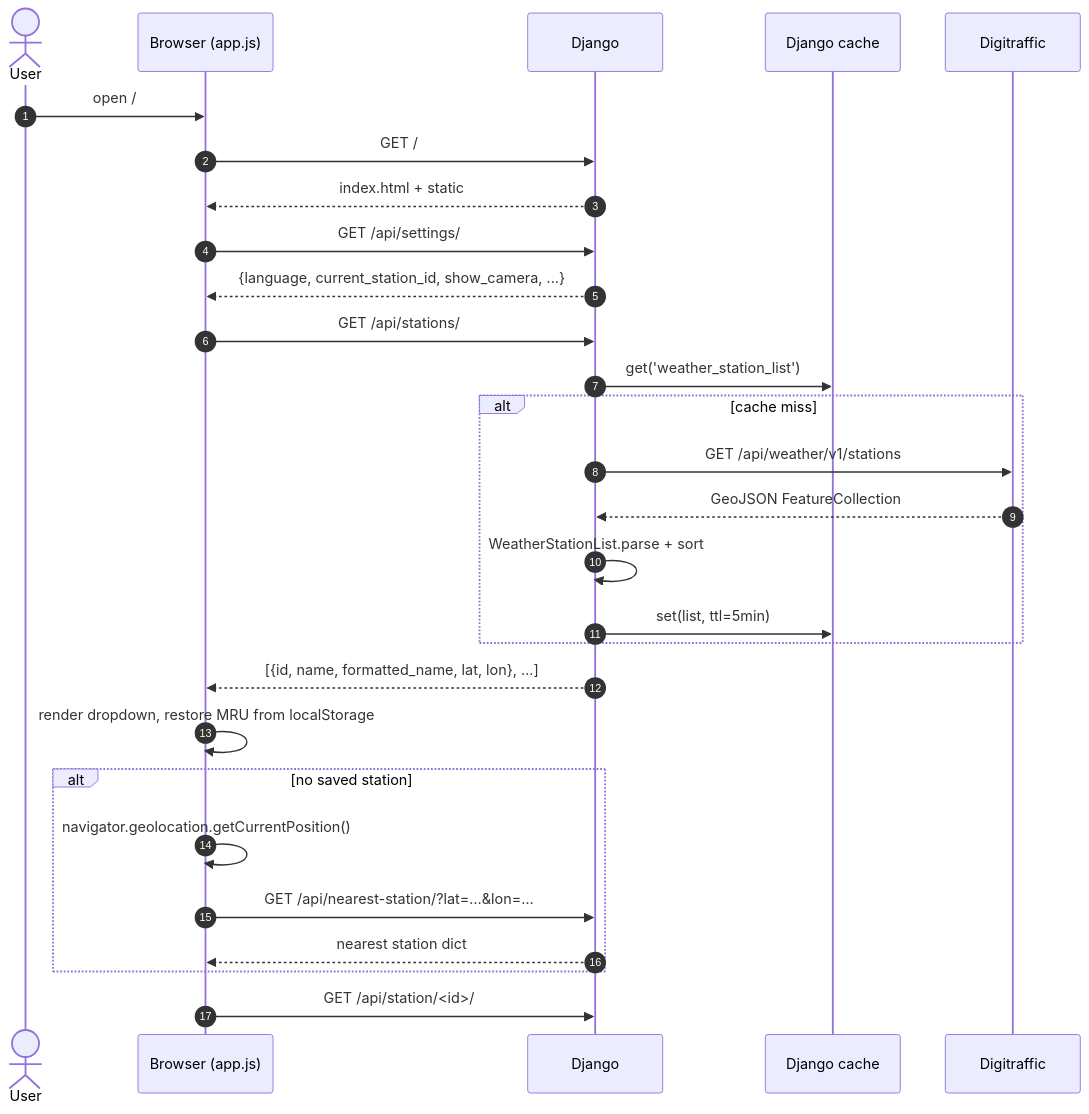
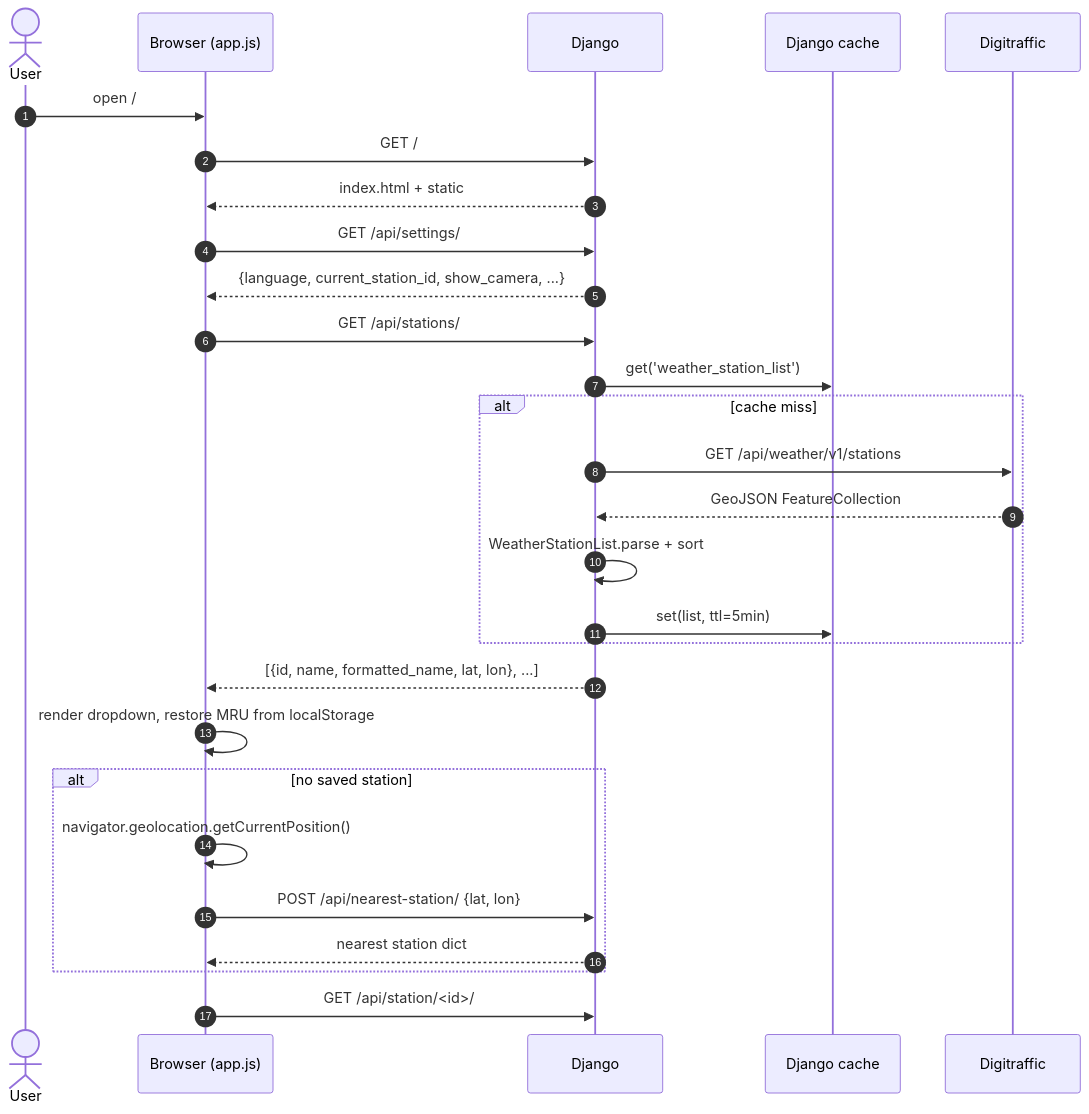
Before and after one commit to jjankkil/weatherview-django: the third of 9 diagrams in docs/ARCHITECTURE.md, drawn with Mermaid. The commit also changed other lines of this file and 3 other files, not shown here.

Commit message:
Make nearest station lookup POST-only

````diff
--- a/docs/ARCHITECTURE.md
+++ b/docs/ARCHITECTURE.md
@@ -224,31 +224,31 @@
 ```mermaid
 sequenceDiagram
     autonumber
     actor User
     participant Browser as Browser (app.js)
     participant Django
     participant Cache as Django cache
     participant DT as Digitraffic
 
     User->>Browser: open /
     Browser->>Django: GET /
     Django-->>Browser: index.html + static
     Browser->>Django: GET /api/settings/
     Django-->>Browser: {language, current_station_id, show_camera, ...}
     Browser->>Django: GET /api/stations/
     Django->>Cache: get('weather_station_list')
     alt cache miss
         Django->>DT: GET /api/weather/v1/stations
         DT-->>Django: GeoJSON FeatureCollection
         Django->>Django: WeatherStationList.parse + sort
         Django->>Cache: set(list, ttl=5min)
     end
     Django-->>Browser: [{id, name, formatted_name, lat, lon}, ...]
     Browser->>Browser: render dropdown, restore MRU from localStorage
     alt no saved station
         Browser->>Browser: navigator.geolocation.getCurrentPosition()
-        Browser->>Django: GET /api/nearest-station/?lat=…&lon=…
+        Browser->>Django: POST /api/nearest-station/ {lat, lon}
         Django-->>Browser: nearest station dict
     end
     Browser->>Django: GET /api/station/<id>/
 ```
````
